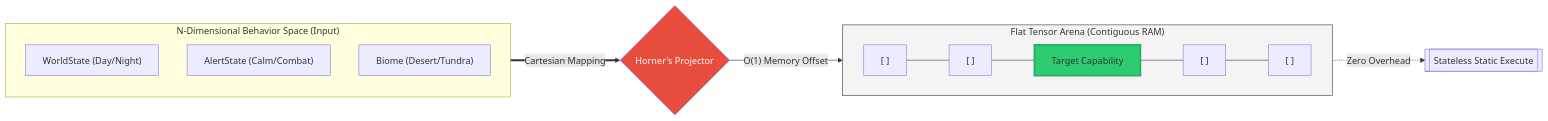
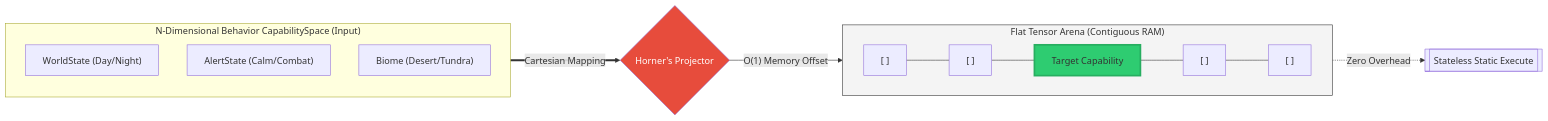
One commit to CT-74/CapabilityReconstructionGraph changed the second of 2 diagrams in README.md. Above: the diagram before and after it, drawn with Mermaid. The commit also changed 7 other files, not shown here.

Commit message:
renaming Space to CapabilitySpace

````diff
--- a/README.md
+++ b/README.md
@@ -30,23 +30,23 @@
 ```mermaid
 flowchart LR
-    subgraph Space ["N-Dimensional Behavior Space (Input)"]
+    subgraph CapabilitySpace ["N-Dimensional Behavior CapabilitySpace (Input)"]
         direction TB
         Axis1["WorldState (Day/Night)"]
         Axis2["AlertState (Calm/Combat)"]
         Axis3["Biome (Desert/Tundra)"]
     end
 
-    Space ==>|"Cartesian Mapping"| Horner{Horner's Projector}
+    CapabilitySpace ==>|"Cartesian Mapping"| Horner{Horner's Projector}
     
     subgraph Arena ["Flat Tensor Arena (Contiguous RAM)"]
         direction LR
         C0["[ ]"] --- C1["[ ]"] --- C2["Target Capability"] --- C3["[ ]"] --- C4["[ ]"]
     end
 
     Horner -->|"O(1) Memory Offset"| C2
     C2 -.->|"Zero Overhead"| Exec[[Stateless Static Execute]]
 
     style C2 fill:#2ecc71,stroke:#27ae60,stroke-width:3px
     style Arena fill:#f4f4f4,stroke:#333
     style Horner fill:#e74c3c,color:#fff
 ```
````
